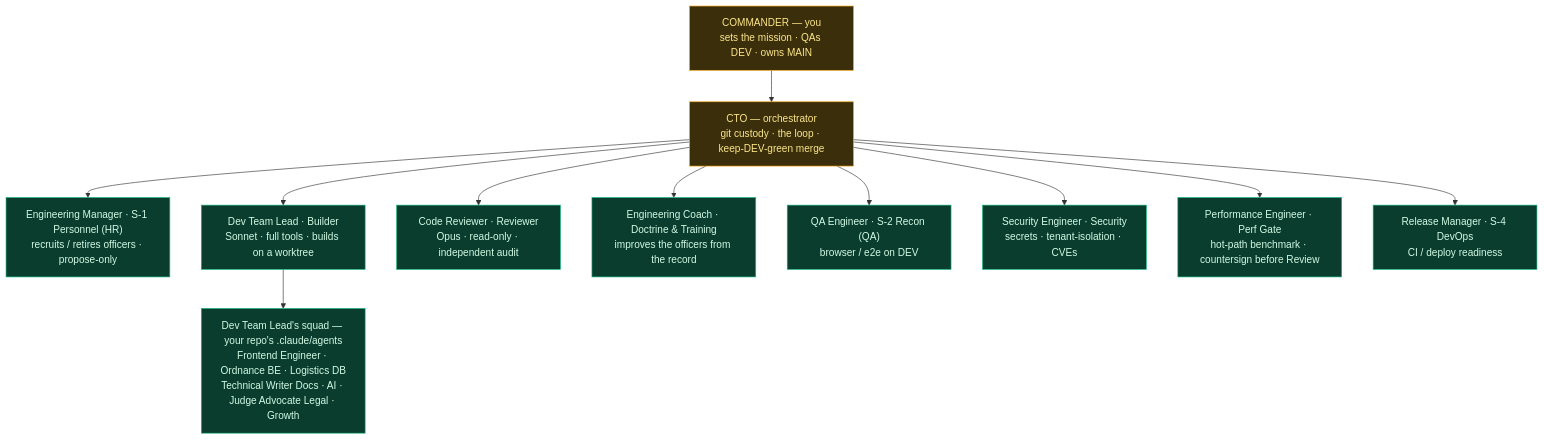
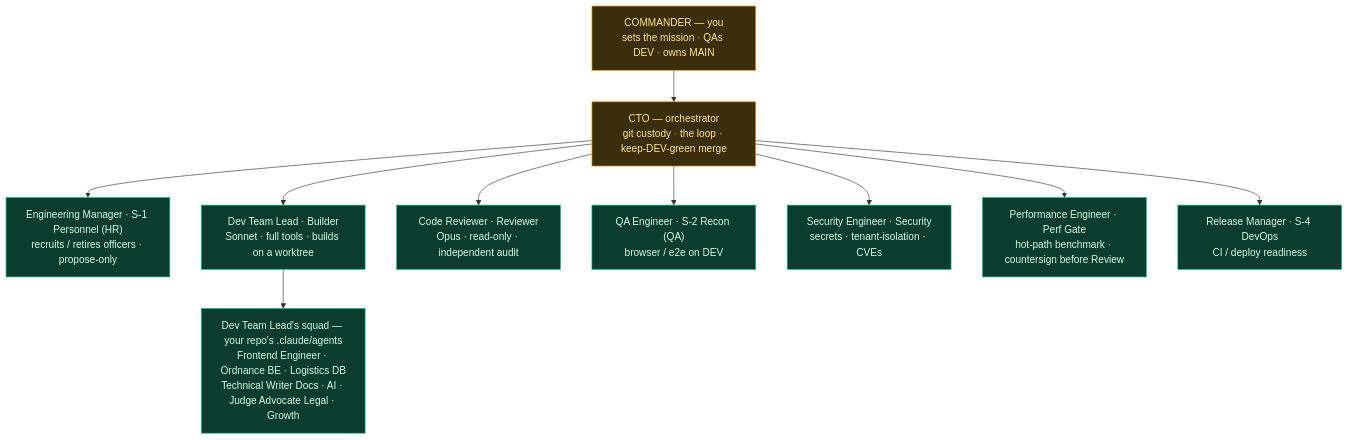
Before and after one commit to roman-berlin/Elite-Squad: the first of 3 diagrams in ORG.md, drawn with Mermaid. The commit also changed other lines of this file and 10 other files, not shown here.

````diff
--- a/ORG.md
+++ b/ORG.md
@@ -13,23 +13,22 @@
 ```mermaid
 graph TD
     C["COMMANDER — you<br/>sets the mission · QAs DEV · owns MAIN"]
     G["CTO — orchestrator<br/>git custody · the loop · keep-DEV-green merge"]
     C --> G
 
     G --> ADJ["Engineering Manager · S-1 Personnel (HR)<br/>recruits / retires officers · propose-only"]
     G --> ENG["Dev Team Lead · Builder<br/>Sonnet · full tools · builds on a worktree"]
     G --> INS["Code Reviewer · Reviewer<br/>Opus · read-only · independent audit"]
-    G --> DRL["Engineering Coach · Doctrine & Training<br/>improves the officers from the record"]
     G --> SCT["QA Engineer · S-2 Recon (QA)<br/>browser / e2e on DEV"]
     G --> PRV["Security Engineer · Security<br/>secrets · tenant-isolation · CVEs"]
     G --> PE["Performance Engineer · Perf Gate<br/>hot-path benchmark · countersign before Review"]
     G --> QM["Release Manager · S-4 DevOps<br/>CI / deploy readiness"]
 
     ENG --> SQ["Dev Team Lead's squad — your repo's .claude/agents<br/>Frontend Engineer · Ordnance BE · Logistics DB<br/>Technical Writer Docs · AI · Judge Advocate Legal · Growth"]
 
     classDef command fill:#3b2f0b,stroke:#f59e0b,color:#fde68a;
     classDef active fill:#0b3d2e,stroke:#10b981,color:#d1fae5;
     classDef planned fill:#1f2937,stroke:#6b7280,color:#9ca3af,stroke-dasharray:5 5;
     class C,G command;
-    class ADJ,ENG,INS,DRL,SCT,PRV,PE,QM,SQ active;
+    class ADJ,ENG,INS,SCT,PRV,PE,QM,SQ active;
 ```
````
